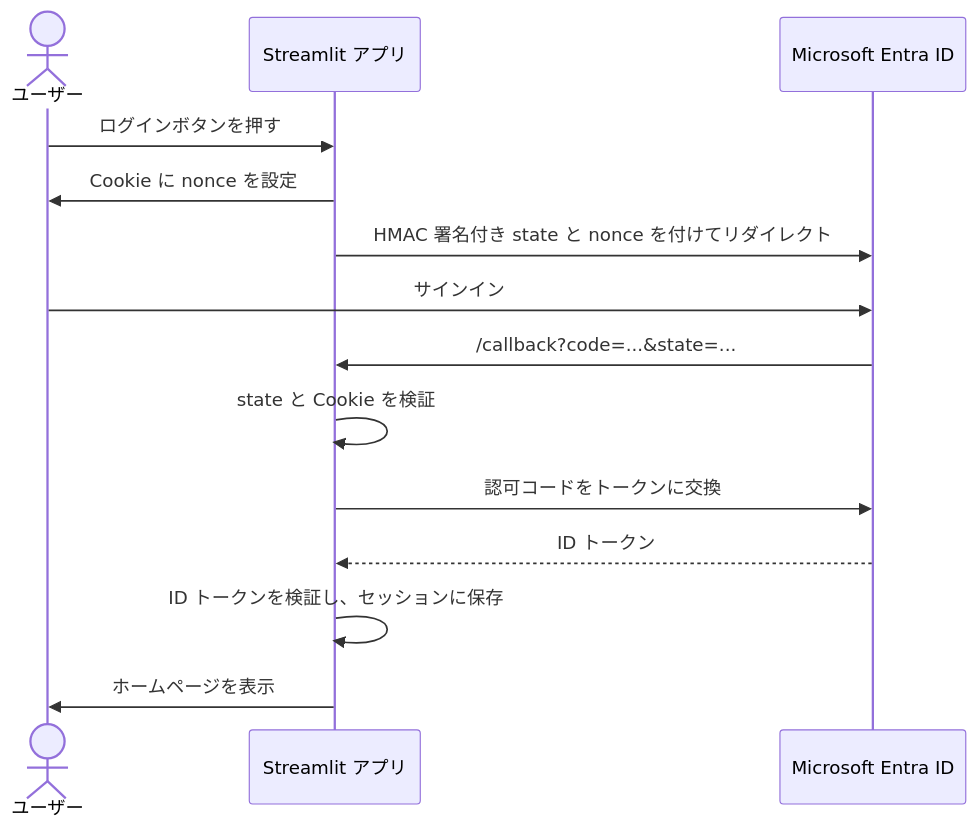
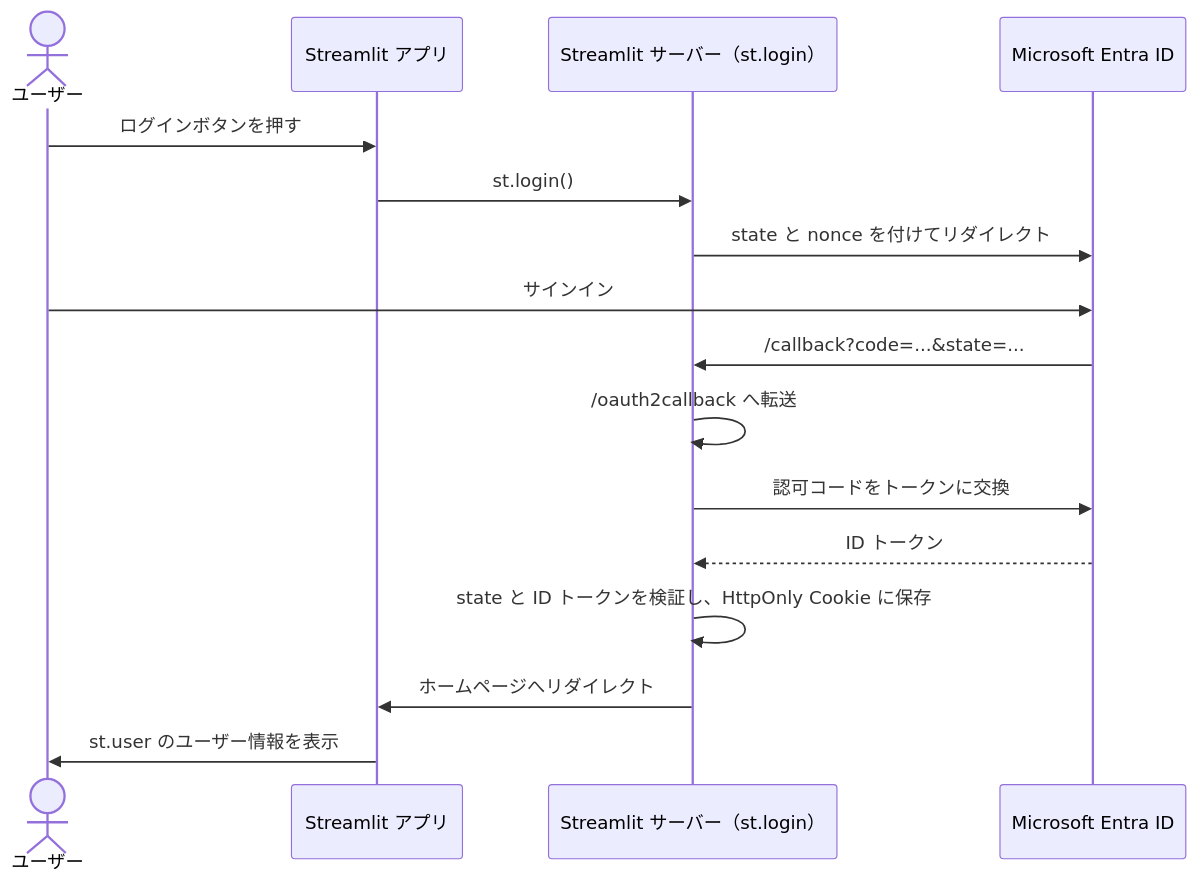
The diagram in README.md (nncdevel-io/streamlit-auth-with-microsoft-entra-id-example), drawn with Mermaid before and after one commit. The commit also changed other lines of this file and 22 other files, not shown here.

First line of the commit message:
feat: Refactor Entra ID authentication to use Streamlit's st.login() and st.logout()

````diff
--- a/README.md
+++ b/README.md
@@ -97,17 +102,19 @@
 ```mermaid
 sequenceDiagram
     actor User as ユーザー
     participant App as Streamlit アプリ
+    participant Server as Streamlit サーバー（st.login）
     participant Entra as Microsoft Entra ID
 
     User->>App: ログインボタンを押す
-    App->>User: Cookie に nonce を設定
-    App->>Entra: HMAC 署名付き state と nonce を付けてリダイレクト
+    App->>Server: st.login()
+    Server->>Entra: state と nonce を付けてリダイレクト
     User->>Entra: サインイン
-    Entra->>App: /callback?code=...&state=...
-    App->>App: state と Cookie を検証
-    App->>Entra: 認可コードをトークンに交換
-    Entra-->>App: ID トークン
-    App->>App: ID トークンを検証し、セッションに保存
-    App->>User: ホームページを表示
+    Entra->>Server: /callback?code=...&state=...
+    Server->>Server: /oauth2callback へ転送
+    Server->>Entra: 認可コードをトークンに交換
+    Entra-->>Server: ID トークン
+    Server->>Server: state と ID トークンを検証し、HttpOnly Cookie に保存
+    Server->>App: ホームページへリダイレクト
+    App->>User: st.user のユーザー情報を表示
 ```
````
